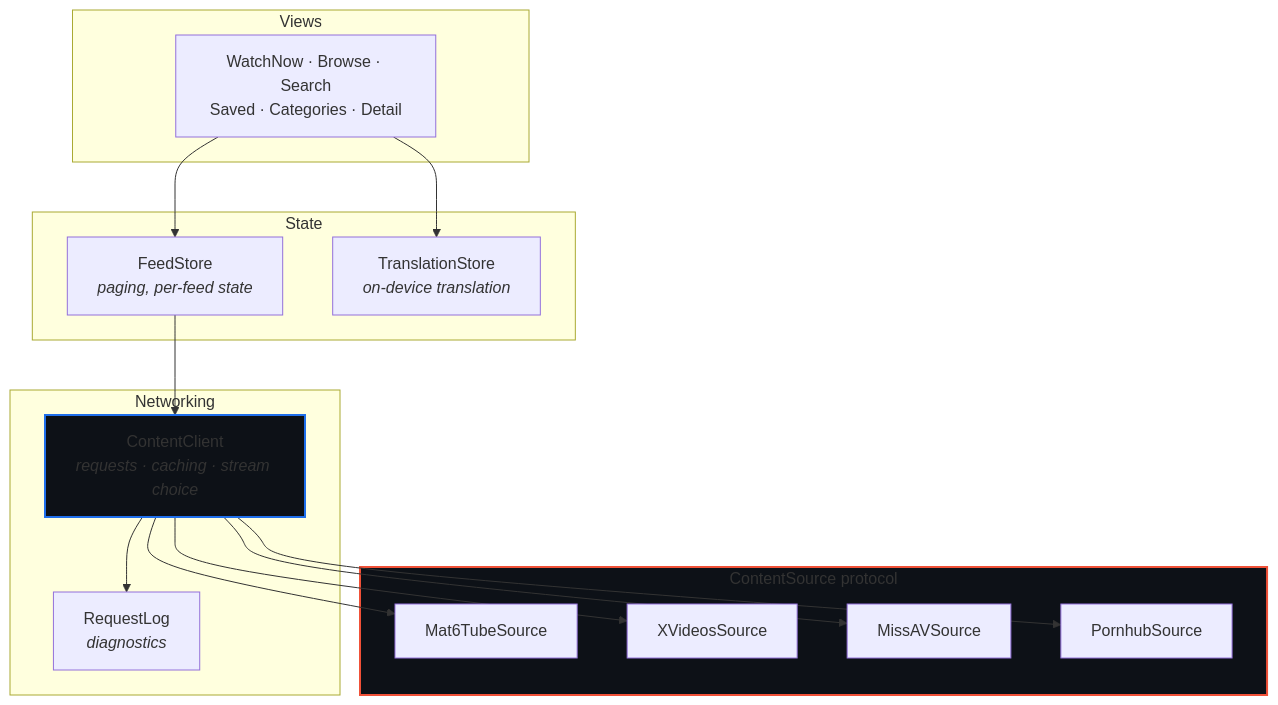
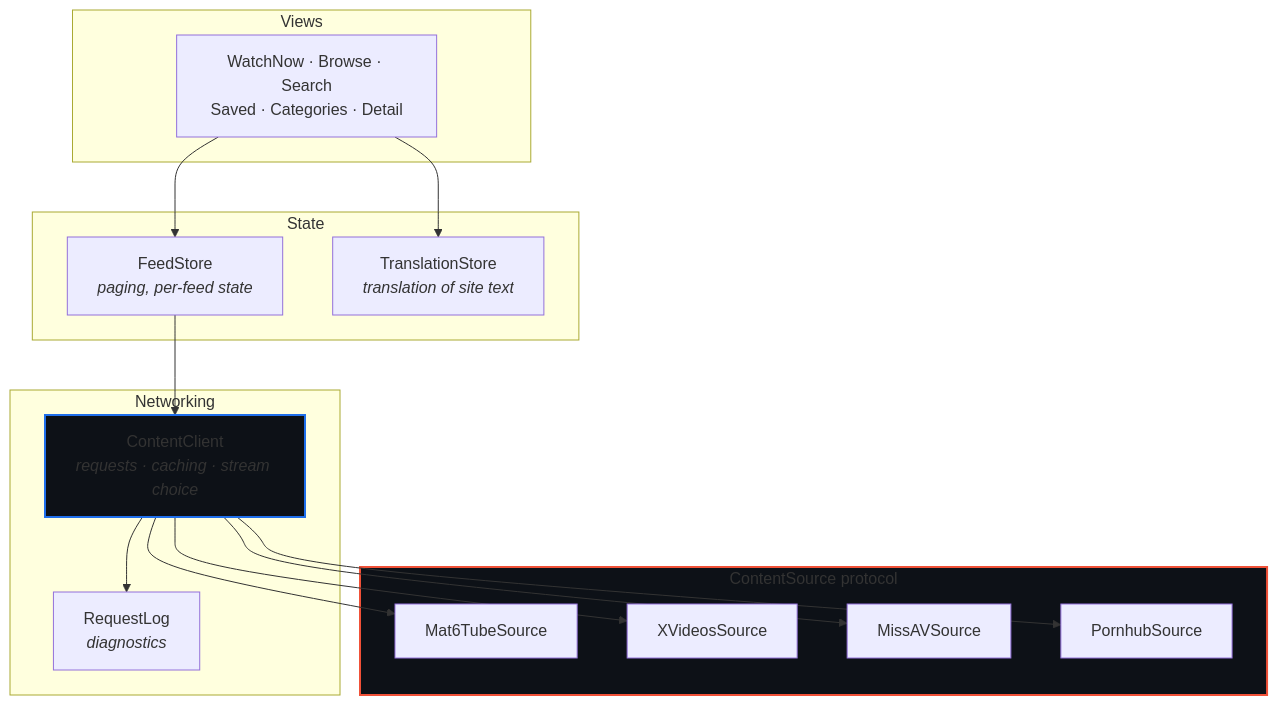
One commit to Nico8324/GetSome changed the diagram in README.md. Above: the diagram before and after it, drawn with Mermaid. The commit also changed other lines of this file and 8 other files, not shown here.

````diff
--- a/README.md
+++ b/README.md
@@ -44,29 +44,29 @@
 ```mermaid
 flowchart TD
     subgraph ui [Views]
         A["WatchNow · Browse · Search<br/>Saved · Categories · Detail"]
     end
     subgraph state [State]
         B["FeedStore<br/><i>paging, per-feed state</i>"]
-        T["TranslationStore<br/><i>on-device translation</i>"]
+        T["TranslationStore<br/><i>translation of site text</i>"]
     end
     subgraph net [Networking]
         C["ContentClient<br/><i>requests · caching · stream choice</i>"]
         L["RequestLog<br/><i>diagnostics</i>"]
     end
     subgraph src [ContentSource protocol]
         D[Mat6TubeSource]
         E[XVideosSource]
         F[MissAVSource]
         G[PornhubSource]
     end
 
     A --> B
     A --> T
     B --> C
     C --> L
     C --> D & E & F & G
 
     style src fill:#0d1117,stroke:#f05138,stroke-width:2px
     style C fill:#0d1117,stroke:#1f6feb,stroke-width:2px
 ```
````
